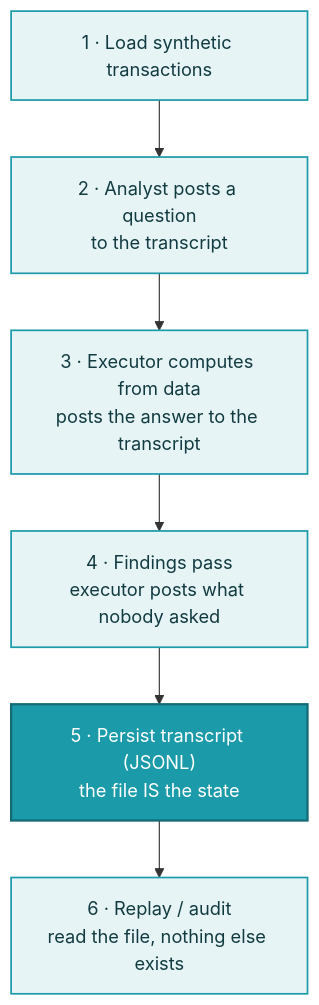
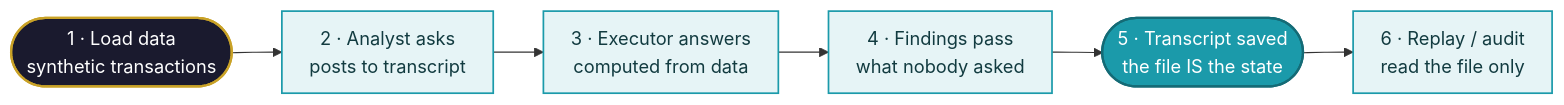
One commit to GAI-Engineering/poc-learning-lab changed the second of 6 diagrams in diagrams/TECHNICAL-FLOWS.md. Above: the diagram before and after it, drawn with Mermaid. The commit also changed other lines of this file and 13 other files, not shown here.

Commit message:
Executive layer completed for all six POCs: market-data lead in every notebook, Patterns 4-6 in the business case, Day 2 key-data rows, technical flows embedded, Day 2 SVG infographics, unified chart style

````diff
--- a/diagrams/TECHNICAL-FLOWS.md
+++ b/diagrams/TECHNICAL-FLOWS.md
@@ -30,10 +41,12 @@
 ```mermaid
-flowchart TD
-    A["1 · Load synthetic transactions"]:::proc --> B["2 · Analyst posts a question<br/>to the transcript"]:::proc
-    B --> C["3 · Executor computes from data<br/>posts the answer to the transcript"]:::proc
-    C --> D["4 · Findings pass<br/>executor posts what nobody asked"]:::proc
-    D --> E["5 · Persist transcript (JSONL)<br/>the file IS the state"]:::metric
-    E --> F["6 · Replay / audit<br/>read the file, nothing else exists"]:::proc
+%%{init: {"flowchart": {"nodeSpacing": 28, "rankSpacing": 44, "padding": 12}}}%%
+flowchart LR
+    A(["1 · Load data<br/>synthetic transactions"]):::io --> B["2 · Analyst asks<br/>posts to transcript"]:::proc
+    B --> C["3 · Executor answers<br/>computed from data"]:::proc
+    C --> D["4 · Findings pass<br/>what nobody asked"]:::proc
+    D --> E(["5 · Transcript saved<br/>the file IS the state"]):::metric
+    E --> F["6 · Replay / audit<br/>read the file only"]:::proc
+    classDef io fill:#1A1A2E,stroke:#C9A227,stroke-width:2px,color:#FFFFFF;
     classDef proc fill:#E6F4F6,stroke:#1B9AAA,stroke-width:1.5px,color:#123B40;
     classDef metric fill:#1B9AAA,stroke:#146B76,stroke-width:2px,color:#FFFFFF;
 ```
````
